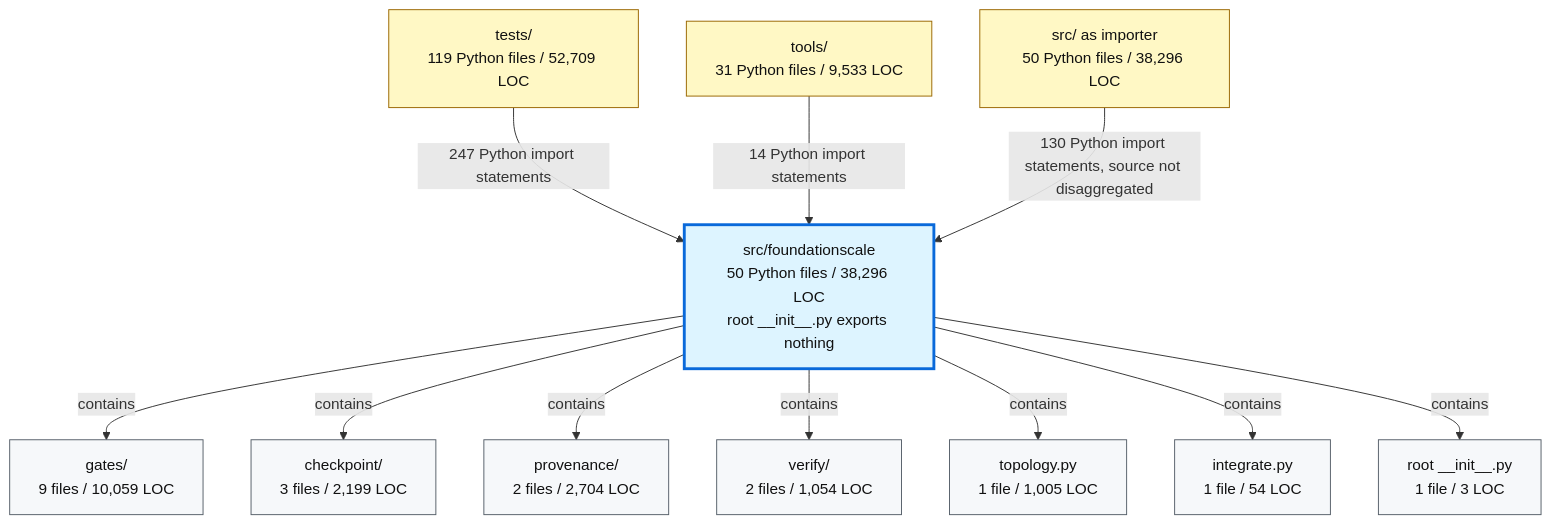
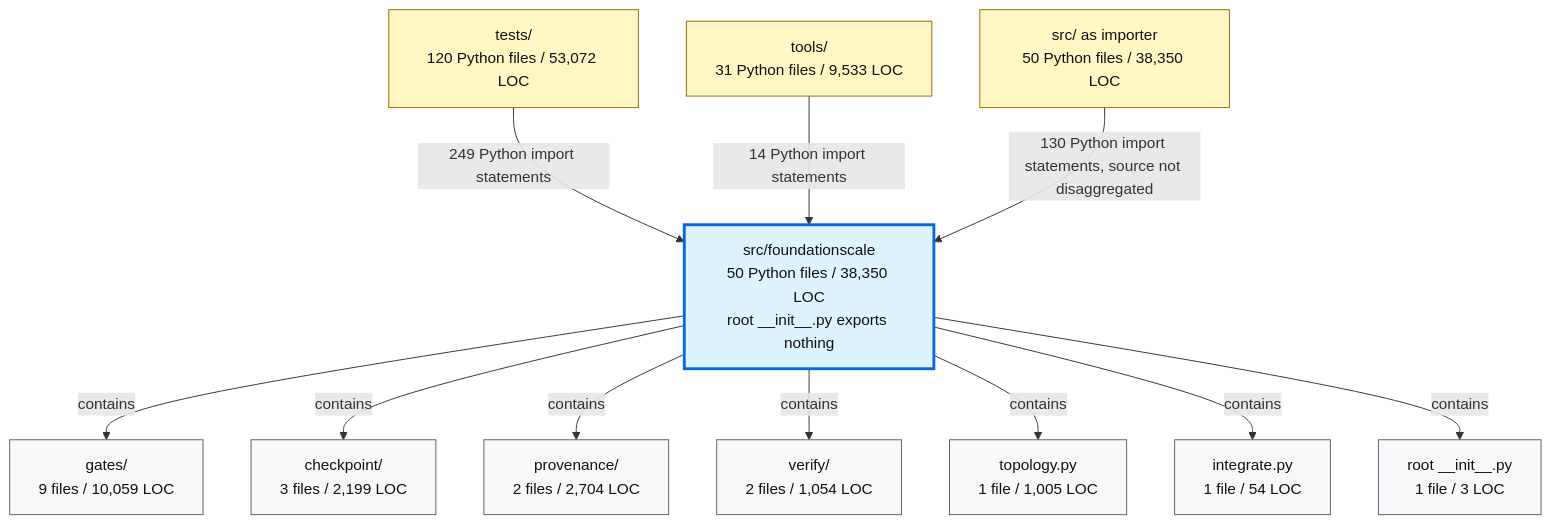
One commit to TranNhiem/FoundationScale changed the second of 2 diagrams in docs/review/D2_current_architecture.md. Above: the diagram before and after it, drawn with Mermaid. The commit also changed other lines of this file and 17 other files, not shown here.

````diff
--- a/docs/review/D2_current_architecture.md
+++ b/docs/review/D2_current_architecture.md
@@ -97,36 +97,36 @@
 ```mermaid
 flowchart TB
-  TESTS["tests/<br/>119 Python files / 52,709 LOC"]
+  TESTS["tests/<br/>120 Python files / 53,072 LOC"]
   TOOLS["tools/<br/>31 Python files / 9,533 LOC"]
-  SRC["src/ as importer<br/>50 Python files / 38,296 LOC"]
+  SRC["src/ as importer<br/>50 Python files / 38,350 LOC"]
 
-  FS["src/foundationscale<br/>50 Python files / 38,296 LOC<br/>root __init__.py exports nothing"]
+  FS["src/foundationscale<br/>50 Python files / 38,350 LOC<br/>root __init__.py exports nothing"]
 
   GATES["gates/<br/>9 files / 10,059 LOC"]
   CKPT["checkpoint/<br/>3 files / 2,199 LOC"]
   PROV["provenance/<br/>2 files / 2,704 LOC"]
   VERIFY["verify/<br/>2 files / 1,054 LOC"]
   TOPO["topology.py<br/>1 file / 1,005 LOC"]
   INTEG["integrate.py<br/>1 file / 54 LOC"]
   ROOT["root __init__.py<br/>1 file / 3 LOC"]
 
-  TESTS -->|"247 Python import statements"| FS
+  TESTS -->|"249 Python import statements"| FS
   TOOLS -->|"14 Python import statements"| FS
   SRC -->|"130 Python import statements, source not disaggregated"| FS
 
   FS -->|"contains"| GATES
   FS -->|"contains"| CKPT
   FS -->|"contains"| PROV
   FS -->|"contains"| VERIFY
   FS -->|"contains"| TOPO
   FS -->|"contains"| INTEG
   FS -->|"contains"| ROOT
 
   classDef consumer fill:#fff8c5,stroke:#9a6700,color:#111;
   classDef package fill:#ddf4ff,stroke:#0969da,stroke-width:3px,color:#111;
   classDef module fill:#f6f8fa,stroke:#57606a,color:#111;
 
   class TESTS,TOOLS,SRC consumer;
   class FS package;
   class GATES,CKPT,PROV,VERIFY,TOPO,INTEG,ROOT module;
 ```
````
